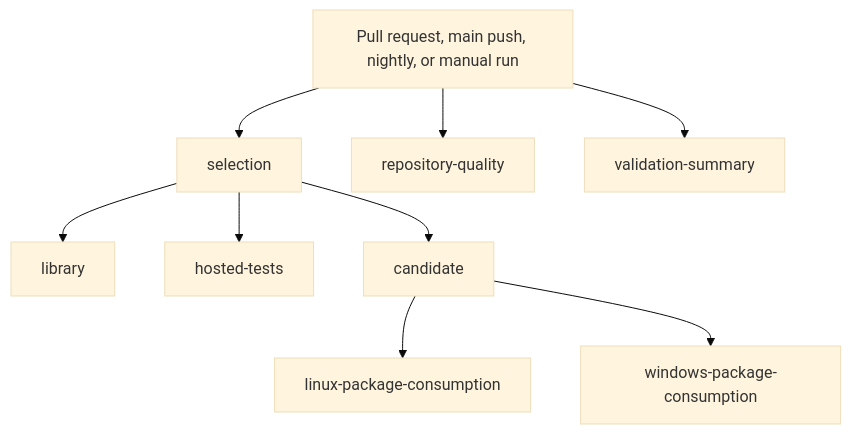
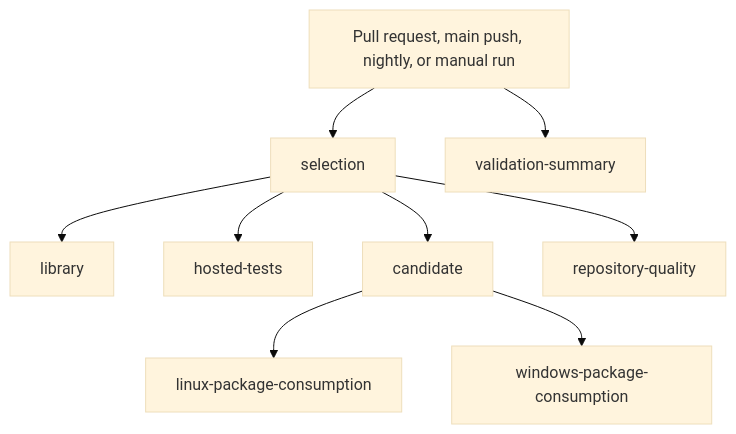
Before and after one commit to danigutsch/PandaBear.SharedKernel: the second of 2 diagrams in docs/architecture/README.md, drawn with Mermaid (base theme). The commit also changed 5 other files, not shown here.

````diff
--- a/docs/architecture/README.md
+++ b/docs/architecture/README.md
@@ -61,20 +61,20 @@
 ```mermaid
 flowchart TB
     trigger[Pull request, main push, nightly, or manual run]
     selection[selection]
     library[library]
     hosted_tests[hosted-tests]
     candidate[candidate]
     linux_package_consumption[linux-package-consumption]
     windows_package_consumption[windows-package-consumption]
     repository_quality[repository-quality]
     validation_summary[validation-summary]
     trigger --> selection
     selection --> library
     selection --> hosted_tests
     selection --> candidate
     candidate --> linux_package_consumption
     candidate --> windows_package_consumption
-    trigger --> repository_quality
+    selection --> repository_quality
     trigger --> validation_summary
 ```
````
